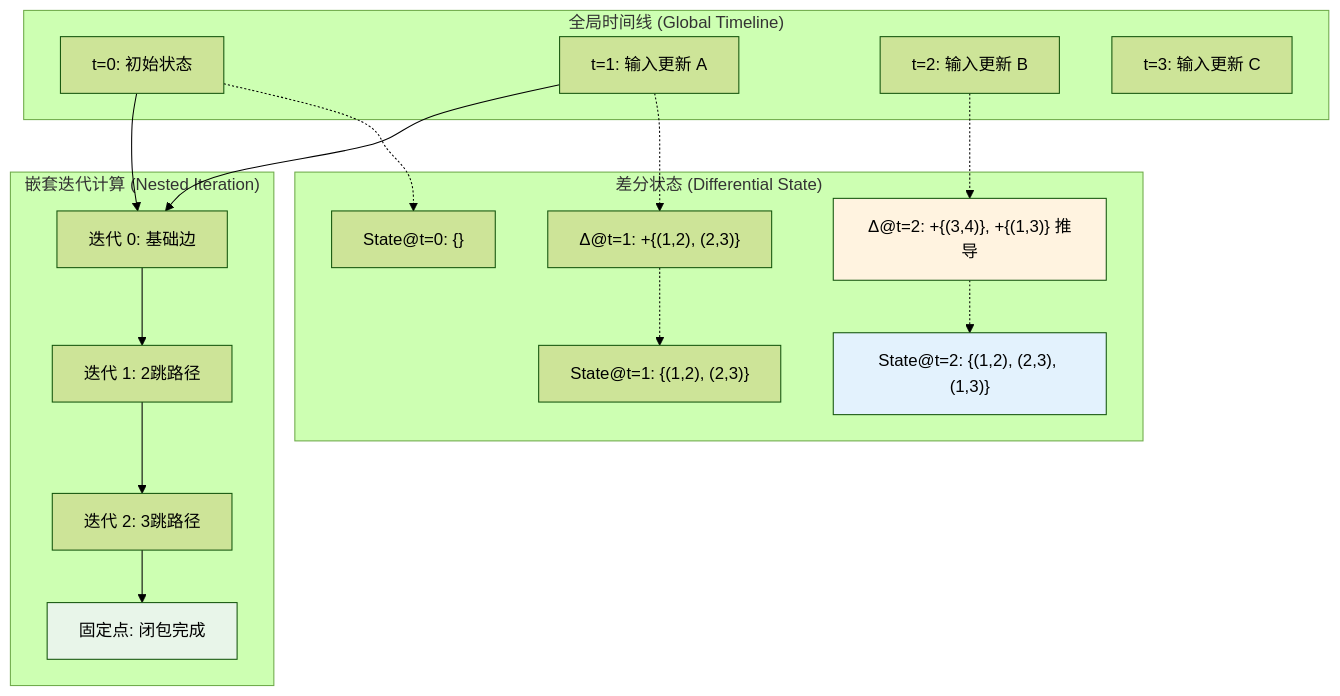
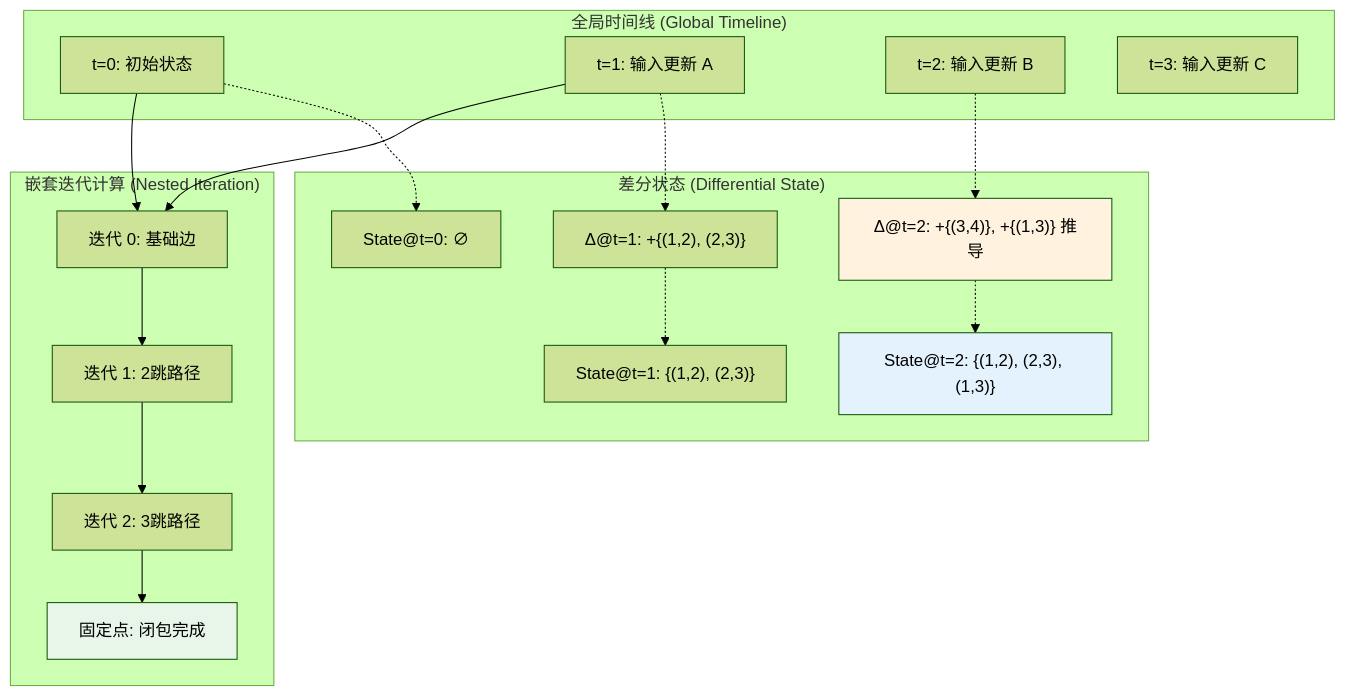
The fourth of 7 diagrams in Knowledge/06-frontier/rust-streaming-ecosystem.md (AdaMartin18010/AnalysisDataFlow), drawn with Mermaid (forest theme) before and after one commit. The commit also changed other lines of this file and 679 other files, not shown here.

````diff
--- a/Knowledge/06-frontier/rust-streaming-ecosystem.md
+++ b/Knowledge/06-frontier/rust-streaming-ecosystem.md
@@ -806,36 +806,36 @@
 ```mermaid
 graph TB
     subgraph "全局时间线 (Global Timeline)"
         T0[t=0: 初始状态]
         T1[t=1: 输入更新 A]
         T2[t=2: 输入更新 B]
         T3[t=3: 输入更新 C]
     end
 
     subgraph "嵌套迭代计算 (Nested Iteration)"
         I0[迭代 0: 基础边]
         I1[迭代 1: 2跳路径]
         I2[迭代 2: 3跳路径]
         IFIX[固定点: 闭包完成]
     end
 
     subgraph "差分状态 (Differential State)"
-        S0["State@t=0: {}"]
+        S0["State@t=0: ∅"]
         S1["State@t=1: {(1,2), (2,3)}"]
         S2["State@t=2: {(1,2), (2,3), (1,3)}"]
         D1["Δ@t=1: +{(1,2), (2,3)}"]
         D2["Δ@t=2: +{(3,4)}, +{(1,3)} 推导"]
     end
 
     T0 --> I0
     T1 --> I0
     I0 --> I1 --> I2 --> IFIX
 
     T0 -.-> S0
     T1 -.-> D1 -.-> S1
     T2 -.-> D2 -.-> S2
 
     style IFIX fill:#e8f5e9
     style S2 fill:#e3f2fd
     style D2 fill:#fff3e0
 ```
````
